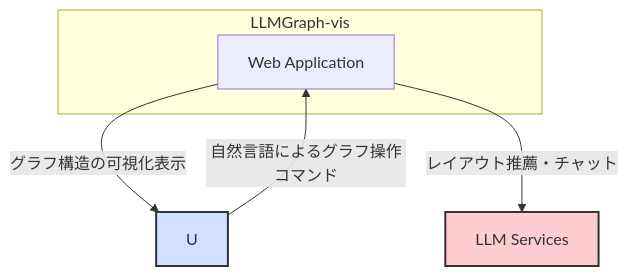
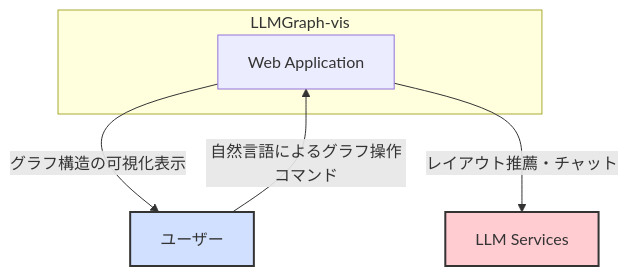
The first of 2 diagrams in specification/Architecture.md (vdslab/LLMGraphvis), drawn with Mermaid before and after one commit. The commit also changed other lines of this file, not shown here.

First line of the commit message:
docs: アーキテクチャ図を明確化

````diff
--- a/specification/Architecture.md
+++ b/specification/Architecture.md
@@ -11,13 +11,13 @@
 ```mermaid
 graph TD
     subgraph "LLMGraph-vis"
-        A[Web Application]
+        webApplication["Web Application"]
     end
 
-    U -- "自然言語によるグラフ操作コマンド" --> A
-    A -- "グラフ構造の可視化表示" --> U
-    A -- "レイアウト推薦・チャット" --> LLM[LLM Services]
+    user["ユーザー"] -- "自然言語によるグラフ操作コマンド" --> webApplication
+    webApplication -- "グラフ構造の可視化表示" --> user
+    webApplication -- "レイアウト推薦・チャット" --> llmServices["LLM Services"]
 
-    style U fill:#d1e0ff,stroke:#333,stroke-width:2px
-    style LLM fill:#ffccd1,stroke:#333,stroke-width:2px
+    style user fill:#d1e0ff,stroke:#333,stroke-width:2px
+    style llmServices fill:#ffccd1,stroke:#333,stroke-width:2px
 ```
````
